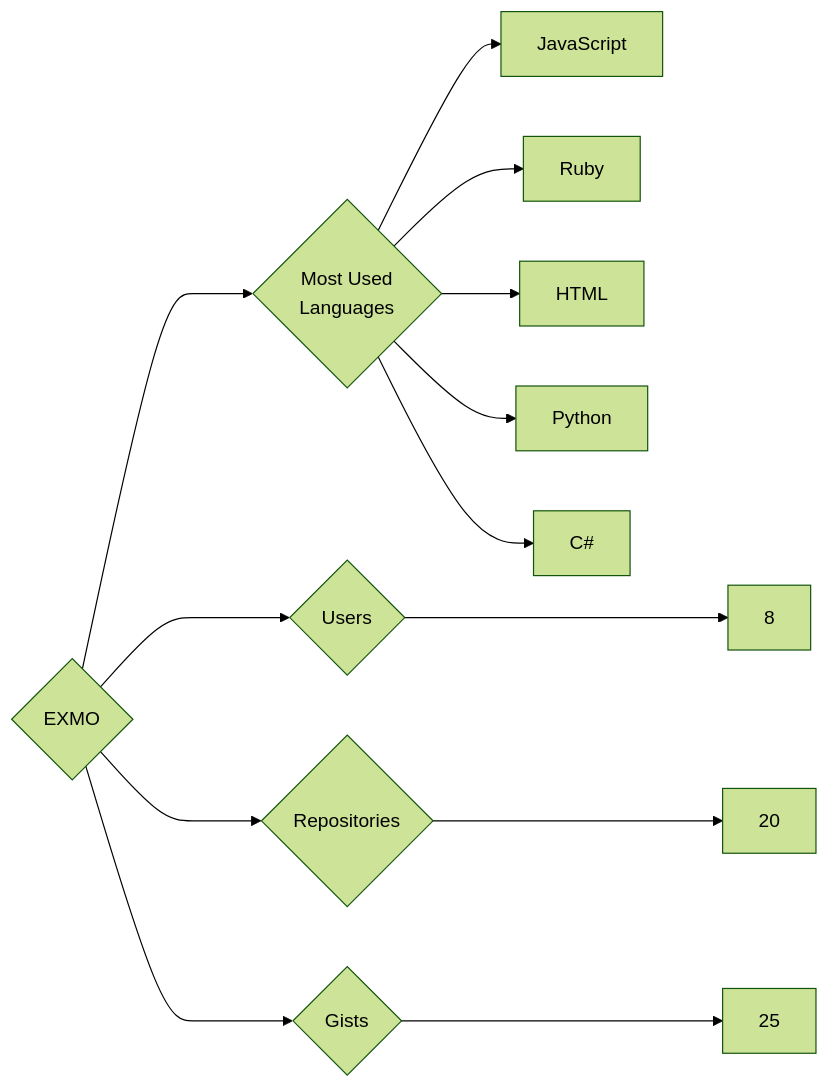
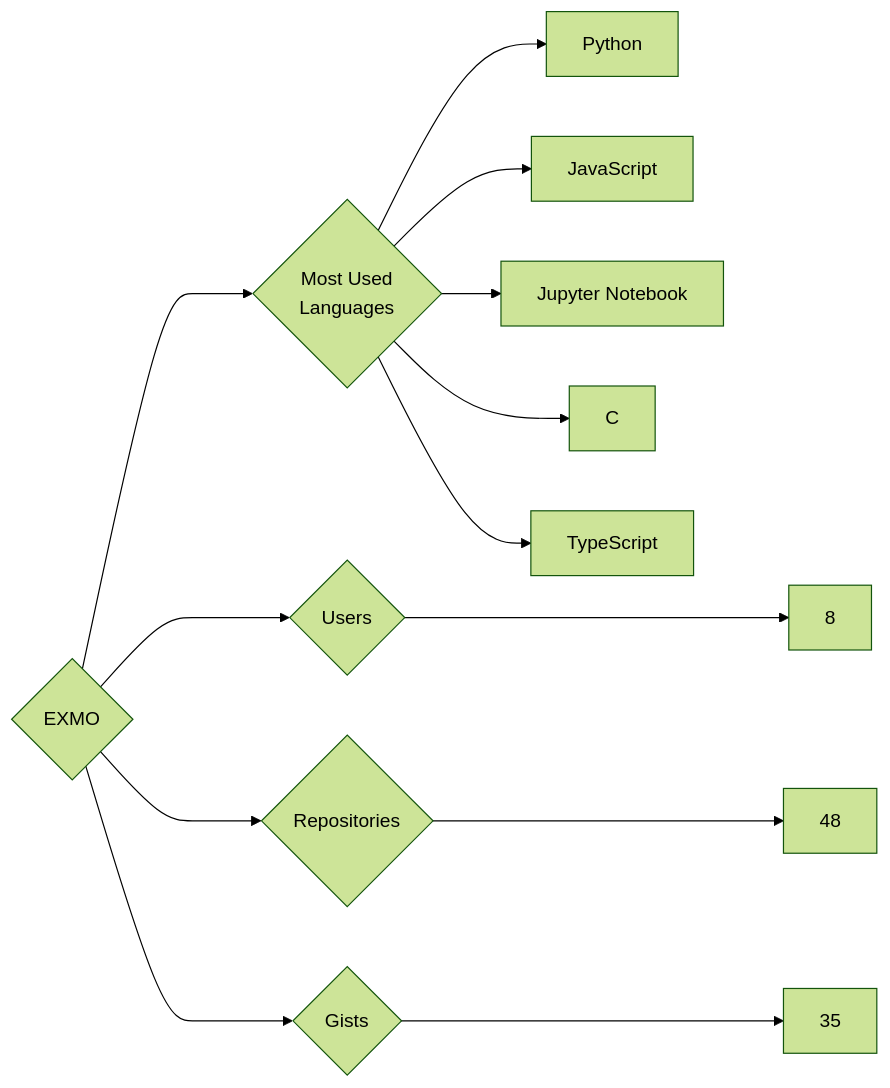
Before and after one commit to trickest/insiders: the diagram in targets/EXMO/README.md, drawn with Mermaid (forest theme). The commit also changed 1175 other files, not shown here.

````diff
--- a/targets/EXMO/README.md
+++ b/targets/EXMO/README.md
@@ -3,13 +3,13 @@
 ```mermaid
 graph LR
 COMPANY_NAME{EXMO}
 COMPANY_NAME ---> U{Users} ---> UN[8]
-COMPANY_NAME ---> R{Repositories} ---> RN[20]
-COMPANY_NAME ---> G{Gists} ---> GN[25]
+COMPANY_NAME ---> R{Repositories} ---> RN[48]
+COMPANY_NAME ---> G{Gists} ---> GN[35]
 COMPANY_NAME ---> ML{Most Used<br>Languages}
+ML --> Python[Python]
 ML --> JavaScript[JavaScript]
-ML --> Ruby[Ruby]
-ML --> HTML[HTML]
-ML --> Python[Python]
-ML --> C#[C#]
+ML --> Jupyter_Notebook[Jupyter Notebook]
+ML --> C[C]
+ML --> TypeScript[TypeScript]
 ```
````
